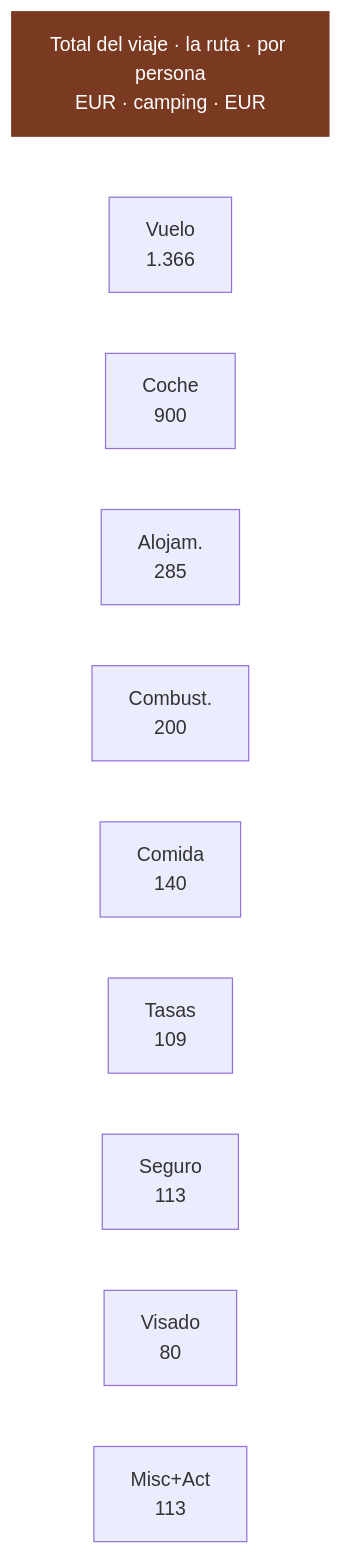
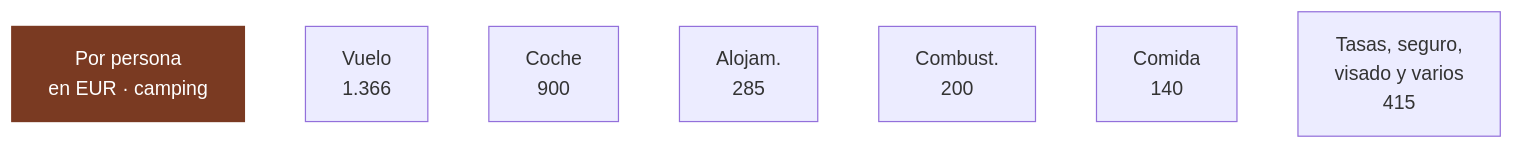
Before and after one commit to morandeirachema/namibia: the fifth of 6 diagrams in 02-presupuesto.md, drawn with Mermaid. The commit also changed other lines of this file and 10 other files, not shown here.

````diff
--- a/02-presupuesto.md
+++ b/02-presupuesto.md
@@ -368,23 +368,17 @@
 ```mermaid
-flowchart TD
-    T["Total del viaje · la ruta · por persona<br/>EUR · camping · EUR"]
+flowchart LR
+    T["Por persona<br/>en EUR · camping"]
     n0["Vuelo<br/>1.366"]
     n1["Coche<br/>900"]
     n2["Alojam.<br/>285"]
     n3["Combust.<br/>200"]
     n4["Comida<br/>140"]
-    n5["Tasas<br/>109"]
-    n6["Seguro<br/>113"]
-    n7["Visado<br/>80"]
-    n8["Misc+Act<br/>113"]
+    n5["Tasas, seguro,<br/>visado y varios<br/>415"]
     T ~~~ n0
     n0 ~~~ n1
     n1 ~~~ n2
     n2 ~~~ n3
     n3 ~~~ n4
     n4 ~~~ n5
-    n5 ~~~ n6
-    n6 ~~~ n7
-    n7 ~~~ n8
     style T fill:#7a3a22,color:#fff,stroke:#7a3a22
 ```
````
